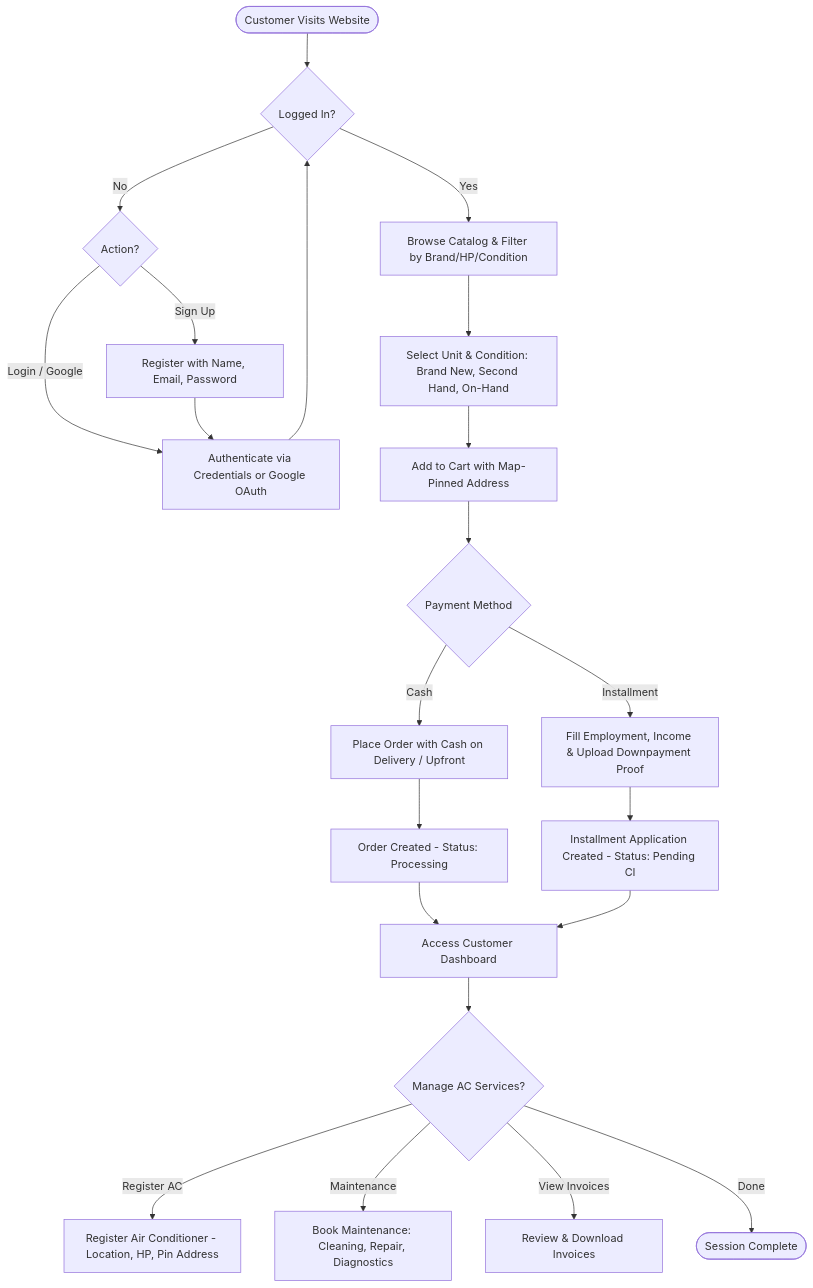
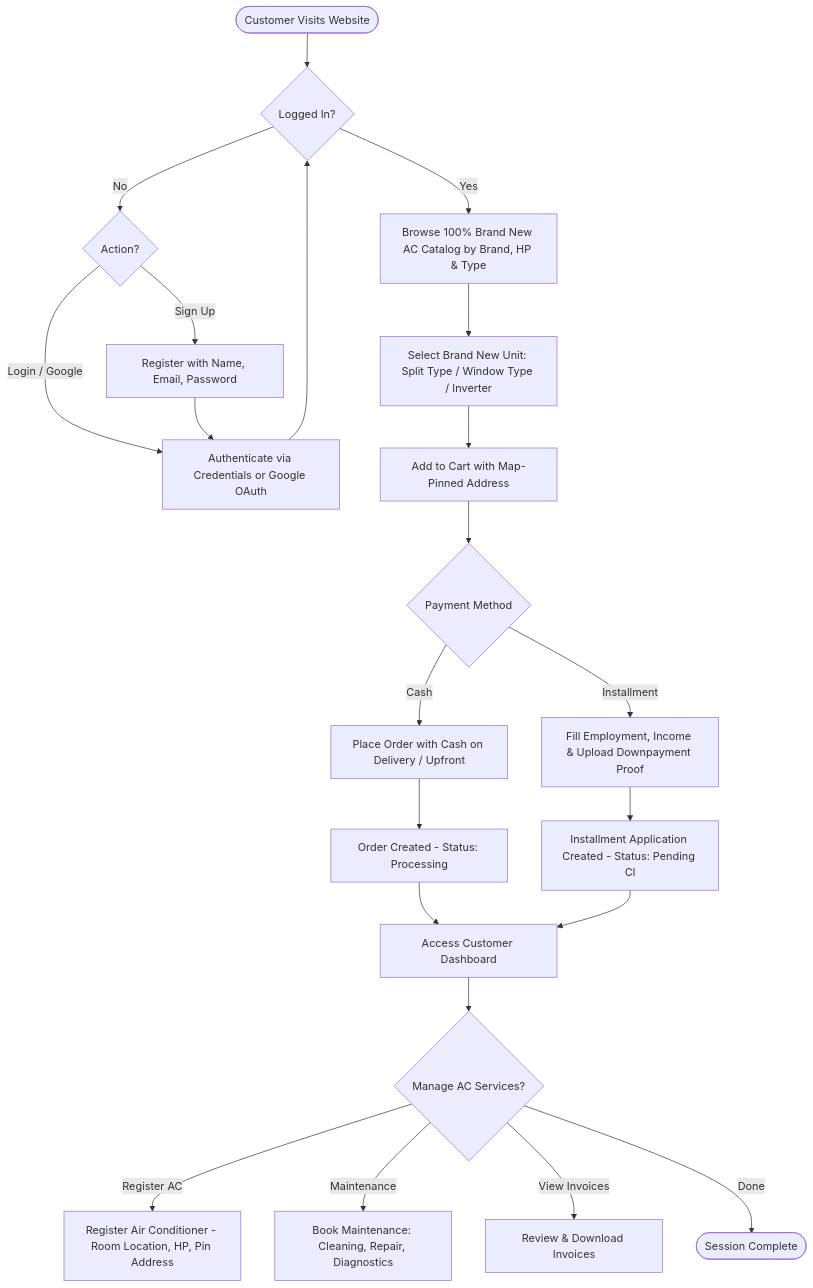
The third of 8 diagrams in DIAGRAMS.md (Cerberus770/FrostTech), drawn with Mermaid before and after one commit. The commit also changed other lines of this file and 1 other file, not shown here.

Commit message:
docs: remove TechRequest and align all inventory descriptions to 100% Brand New units

````diff
--- a/DIAGRAMS.md
+++ b/DIAGRAMS.md
@@ -124,29 +128,29 @@
 ```mermaid
 flowchart TD
     Start([Customer Visits Website]) --> AuthCheck{Logged In?}
     AuthCheck -- No --> AuthChoice{Action?}
     AuthChoice -- Sign Up --> Register[Register with Name, Email, Password]
     AuthChoice -- Login / Google --> Login[Authenticate via Credentials or Google OAuth]
     Register --> Login
     Login --> AuthCheck
-    AuthCheck -- Yes --> Browse[Browse Catalog & Filter by Brand/HP/Condition]
+    AuthCheck -- Yes --> Browse[Browse 100% Brand New AC Catalog by Brand, HP & Type]
 
-    Browse --> ProductSelect[Select Unit & Condition: Brand New, Second Hand, On-Hand]
+    Browse --> ProductSelect[Select Brand New Unit: Split Type / Window Type / Inverter]
     ProductSelect --> AddCart[Add to Cart with Map-Pinned Address]
 
     AddCart --> PaymentChoice{Payment Method}
     PaymentChoice -- Cash --> CashCheckout[Place Order with Cash on Delivery / Upfront]
     PaymentChoice -- Installment --> InstallmentForm[Fill Employment, Income & Upload Downpayment Proof]
 
     CashCheckout --> OrderSubmit[Order Created - Status: Processing]
     InstallmentForm --> AppSubmit[Installment Application Created - Status: Pending CI]
 
     OrderSubmit --> CustomerSpace[Access Customer Dashboard]
     AppSubmit --> CustomerSpace
 
     CustomerSpace --> ACManagement{Manage AC Services?}
-    ACManagement -- Register AC --> RegUnit[Register Air Conditioner - Location, HP, Pin Address]
+    ACManagement -- Register AC --> RegUnit[Register Air Conditioner - Room Location, HP, Pin Address]
     ACManagement -- Maintenance --> RequestMnt[Book Maintenance: Cleaning, Repair, Diagnostics]
     ACManagement -- View Invoices --> ViewInv[Review & Download Invoices]
     ACManagement -- Done --> End([Session Complete])
 ```
````
